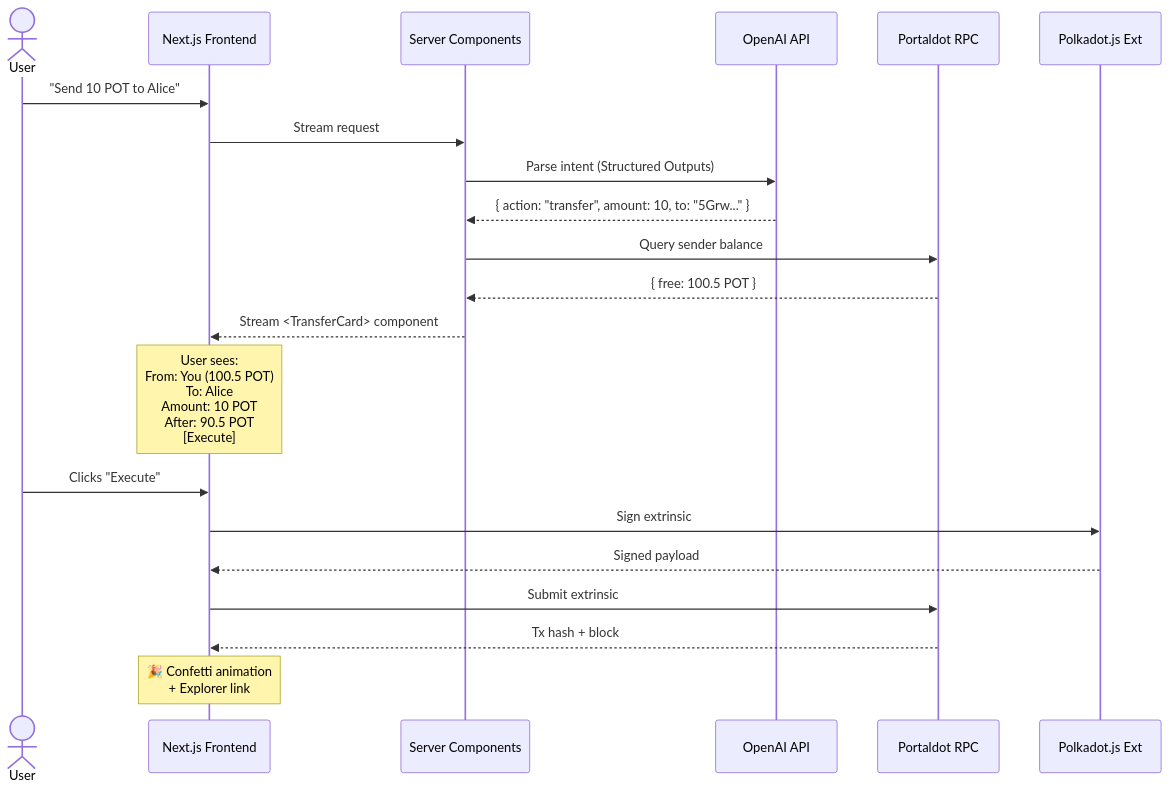
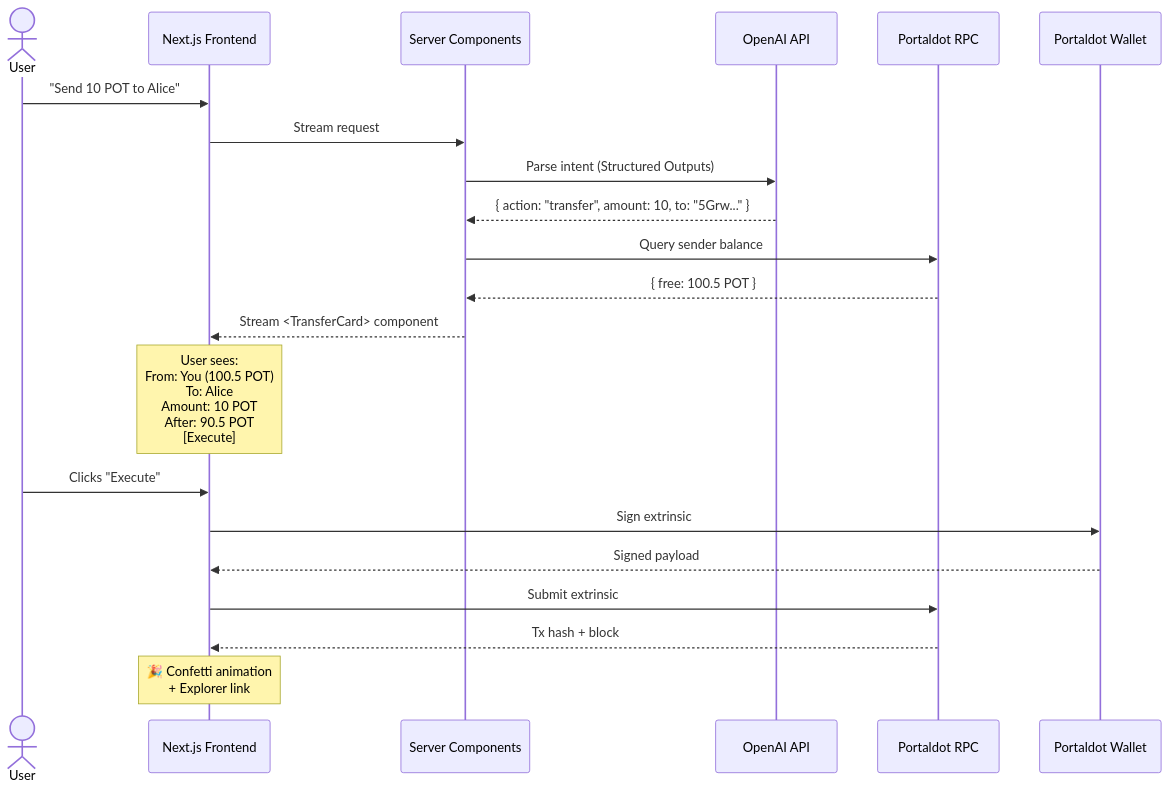
The second of 3 diagrams in README.md (edycutjong/portaldot-hackathon-2026-potdo-edycu), drawn with Mermaid before and after one commit. The commit also changed other lines of this file and 3 other files, not shown here.

````diff
--- a/README.md
+++ b/README.md
@@ -151,24 +151,24 @@
 ```mermaid
 sequenceDiagram
     actor User
     participant UI as Next.js Frontend
     participant RSC as Server Components
     participant AI as OpenAI API
     participant RPC as Portaldot RPC
-    participant Wallet as Polkadot.js Ext
+    participant Wallet as Portaldot Wallet
 
     User->>UI: "Send 10 POT to Alice"
     UI->>RSC: Stream request
     RSC->>AI: Parse intent (Structured Outputs)
     AI-->>RSC: { action: "transfer", amount: 10, to: "5Grw..." }
     RSC->>RPC: Query sender balance
     RPC-->>RSC: { free: 100.5 POT }
     RSC-->>UI: Stream <TransferCard> component
     Note over UI: User sees:<br/>From: You (100.5 POT)<br/>To: Alice<br/>Amount: 10 POT<br/>After: 90.5 POT<br/>[Execute]
     User->>UI: Clicks "Execute"
     UI->>Wallet: Sign extrinsic
     Wallet-->>UI: Signed payload
     UI->>RPC: Submit extrinsic
     RPC-->>UI: Tx hash + block
     Note over UI: 🎉 Confetti animation<br/>+ Explorer link
 ```
````
